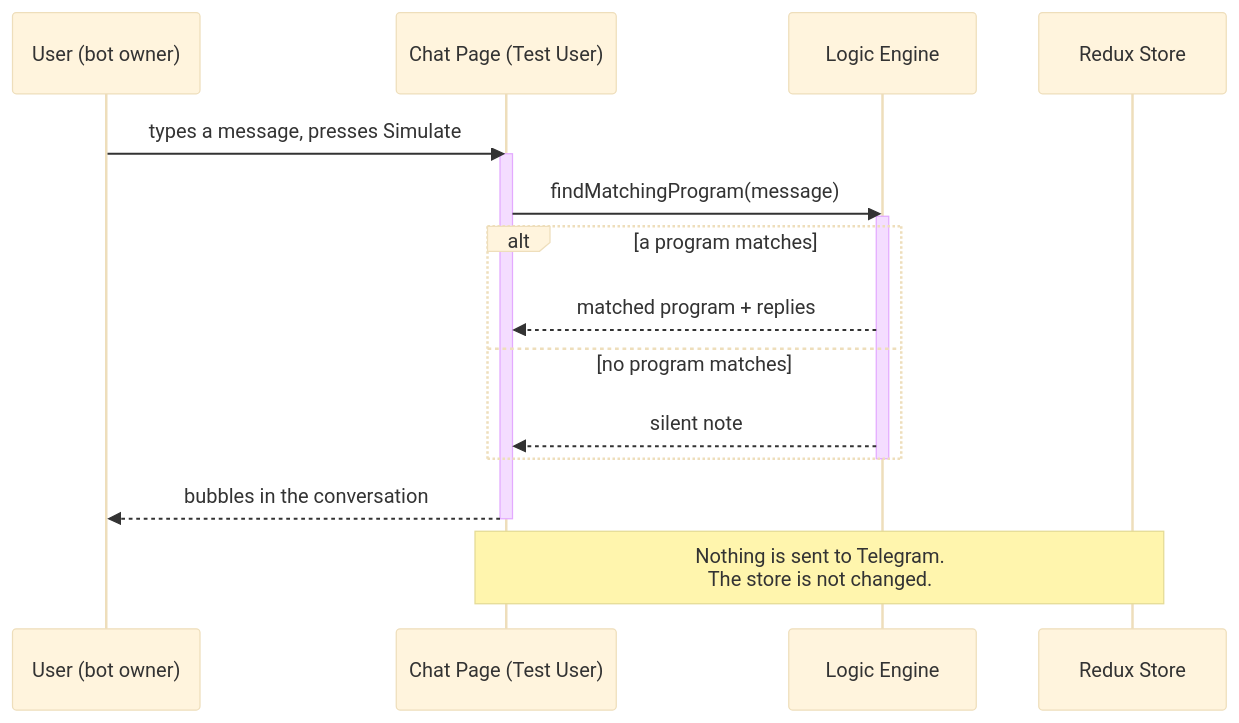
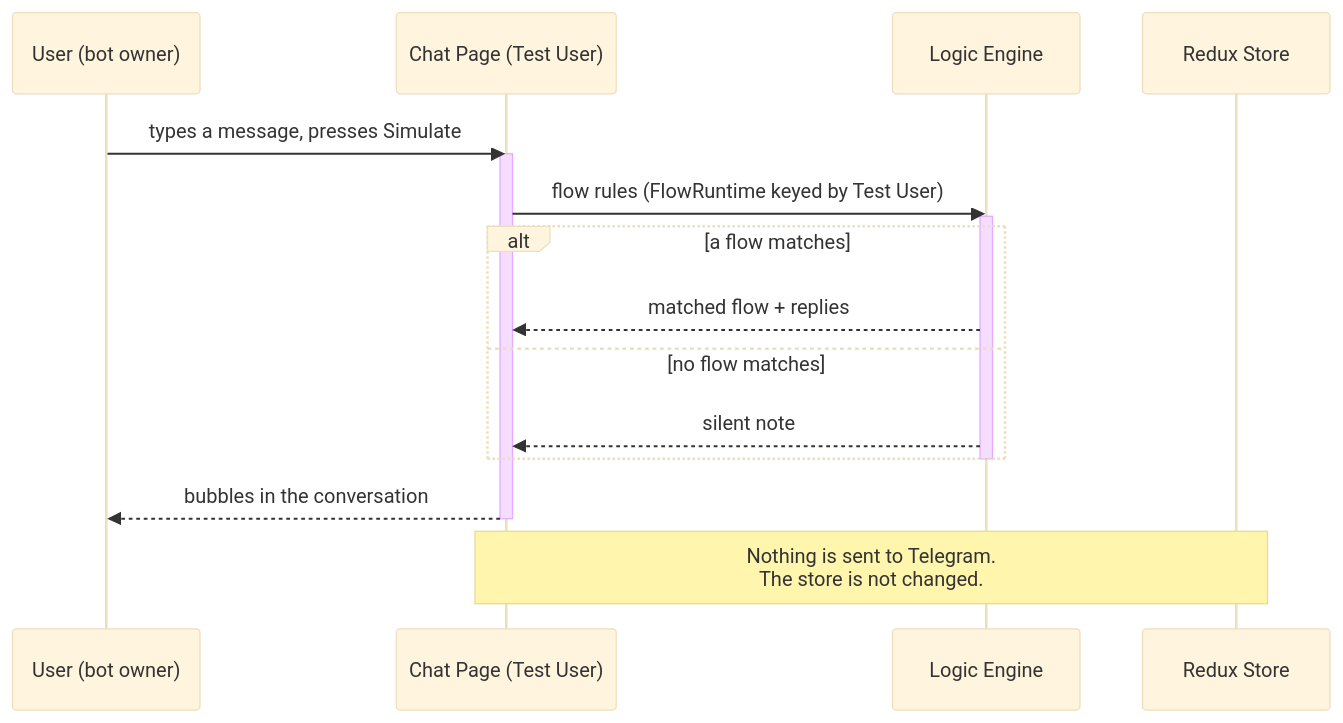
The fourth of 6 diagrams in docs/ARCHITECTURE.md (Jh123x/telegram-bot-on-browser), drawn with Mermaid (base theme) before and after one commit. The commit also changed other lines of this file and 1 other file, not shown here.

First line of the commit message:
docs: update ARCHITECTURE.md and FEATURES.md for flow-only logic

````diff
--- a/docs/ARCHITECTURE.md
+++ b/docs/ARCHITECTURE.md
@@ -156,22 +157,22 @@
 ```mermaid
 sequenceDiagram
   participant U as User (bot owner)
   participant C as Chat Page (Test User)
   participant L as Logic Engine
   participant S as Redux Store
 
   U->>C: types a message, presses Simulate
   activate C
-  C->>L: findMatchingProgram(message)
+  C->>L: flow rules (FlowRuntime keyed by Test User)
   activate L
-  alt a program matches
-    L-->>C: matched program + replies
-  else no program matches
+  alt a flow matches
+    L-->>C: matched flow + replies
+  else no flow matches
     L-->>C: silent note
   end
   deactivate L
   C-->>U: bubbles in the conversation
   deactivate C
 
   Note over C,S: Nothing is sent to Telegram.<br/>The store is not changed.
 ```
````
